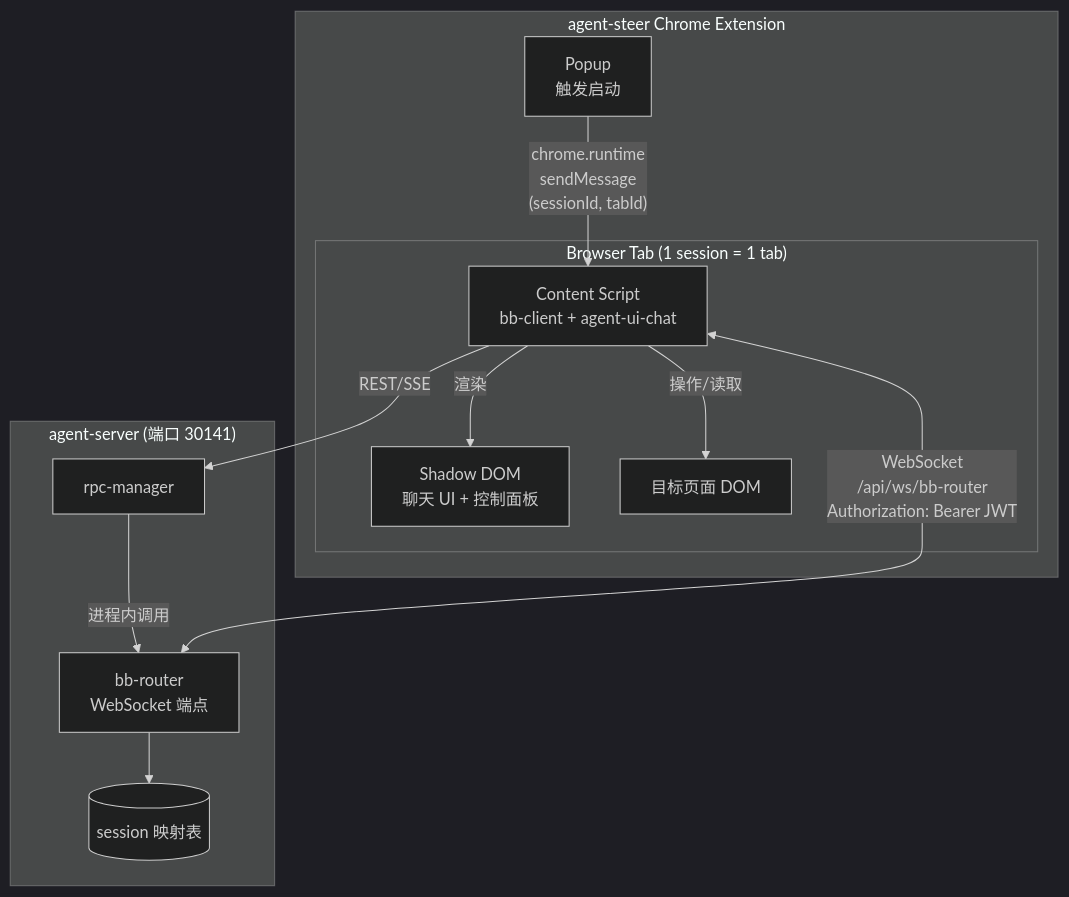
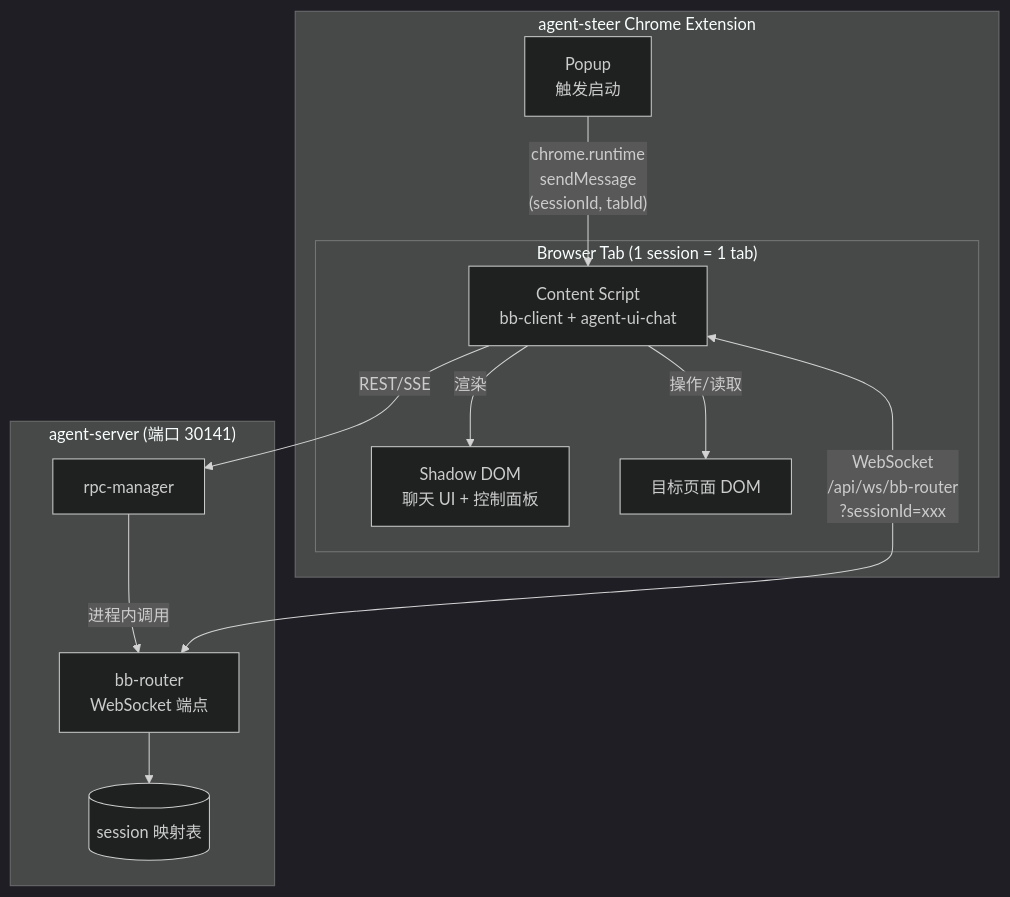
The first of 4 diagrams in neo/design/docs/technical/agent-steer/browser-bridge.md (zhaoxin34/matrix), drawn with Mermaid (dark theme) before and after one commit. The commit also changed other lines of this file and 1 other file, not shown here.

````diff
--- a/neo/design/docs/technical/agent-steer/browser-bridge.md
+++ b/neo/design/docs/technical/agent-steer/browser-bridge.md
@@ -50,26 +50,26 @@
 ```mermaid
 graph TB
     subgraph Extension["agent-steer Chrome Extension"]
         Popup[Popup<br/>触发启动]
         
         subgraph Tab["Browser Tab (1 session = 1 tab)"]
             CS[Content Script<br/>bb-client + agent-ui-chat]
             SD[Shadow DOM<br/>聊天 UI + 控制面板]
             Page[目标页面 DOM]
             CS -->|渲染| SD
             CS -->|操作/读取| Page
         end
     end
 
     subgraph AgentServer["agent-server (端口 30141)"]
         RPC[rpc-manager]
         Router[bb-router<br/>WebSocket 端点]
         SMap[(session 映射表)]
         Router --> SMap
         RPC -->|进程内调用| Router
     end
 
     Popup -->|"chrome.runtime<br/>sendMessage<br/>(sessionId, tabId)"| CS
     CS -->|"REST/SSE"| RPC
-    CS <-->|"WebSocket<br/>/api/ws/bb-router<br/>Authorization: Bearer JWT"| Router
+    CS <-->|"WebSocket<br/>/api/ws/bb-router<br/>?sessionId=xxx"| Router
 ```
````
